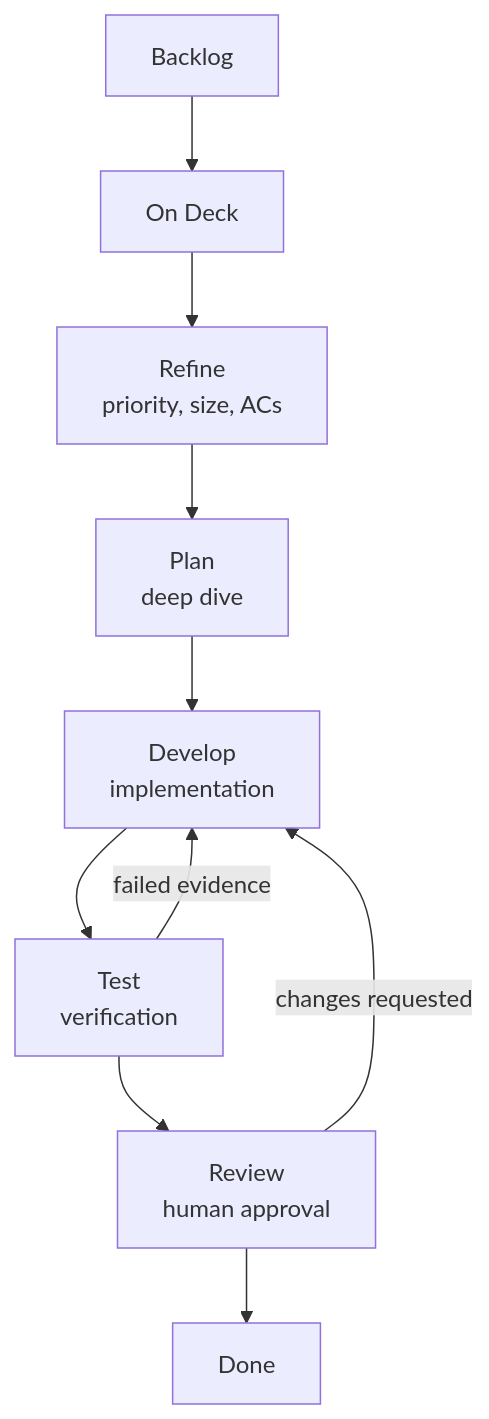
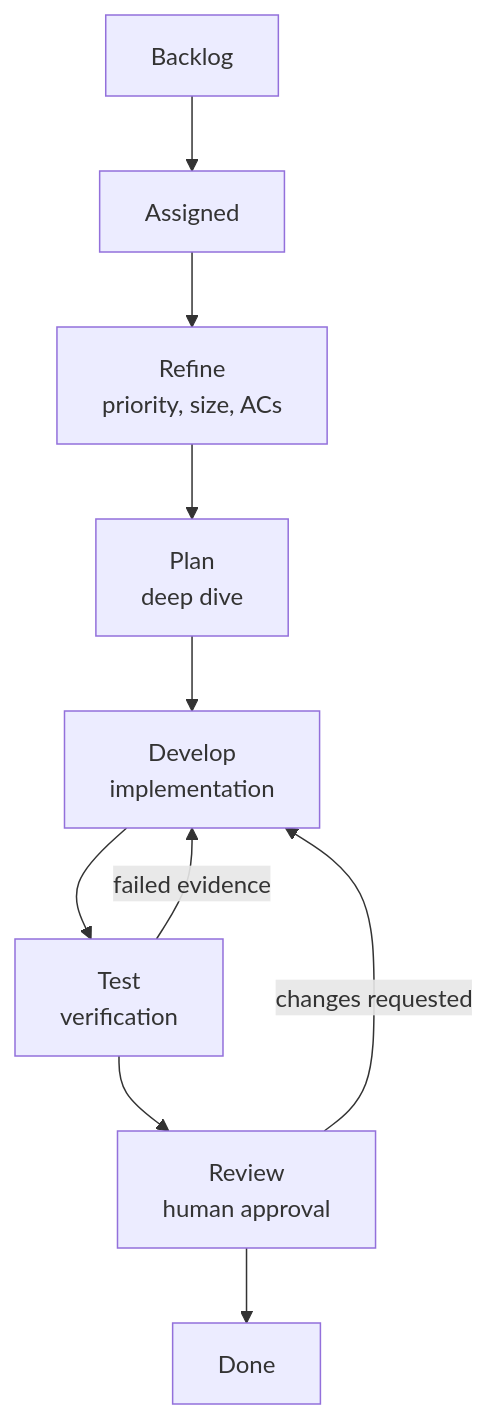
The diagram in docs/articles/assets/diagrams/04-board-state-control-plane.mmd (kburson/ai-task-manager), drawn with Mermaid before and after one commit. The commit also changed 188 other files, not shown here.

Commit message:
[#1206] Rename On Deck state to Assigned

```diff
--- a/docs/articles/assets/diagrams/04-board-state-control-plane.mmd
+++ b/docs/articles/assets/diagrams/04-board-state-control-plane.mmd
@@ -1,10 +1,10 @@
 flowchart TB
-    Backlog["Backlog"] --> OnDeck["On Deck"]
-    OnDeck --> Refine["Refine\npriority, size, ACs"]
+    Backlog["Backlog"] --> Assigned["Assigned"]
+    Assigned --> Refine["Refine\npriority, size, ACs"]
     Refine --> Plan["Plan\ndeep dive"]
     Plan --> Develop["Develop\nimplementation"]
     Develop --> Test["Test\nverification"]
     Test --> Review["Review\nhuman approval"]
     Review --> Done["Done"]
     Test -->|failed evidence| Develop
     Review -->|changes requested| Develop
```
